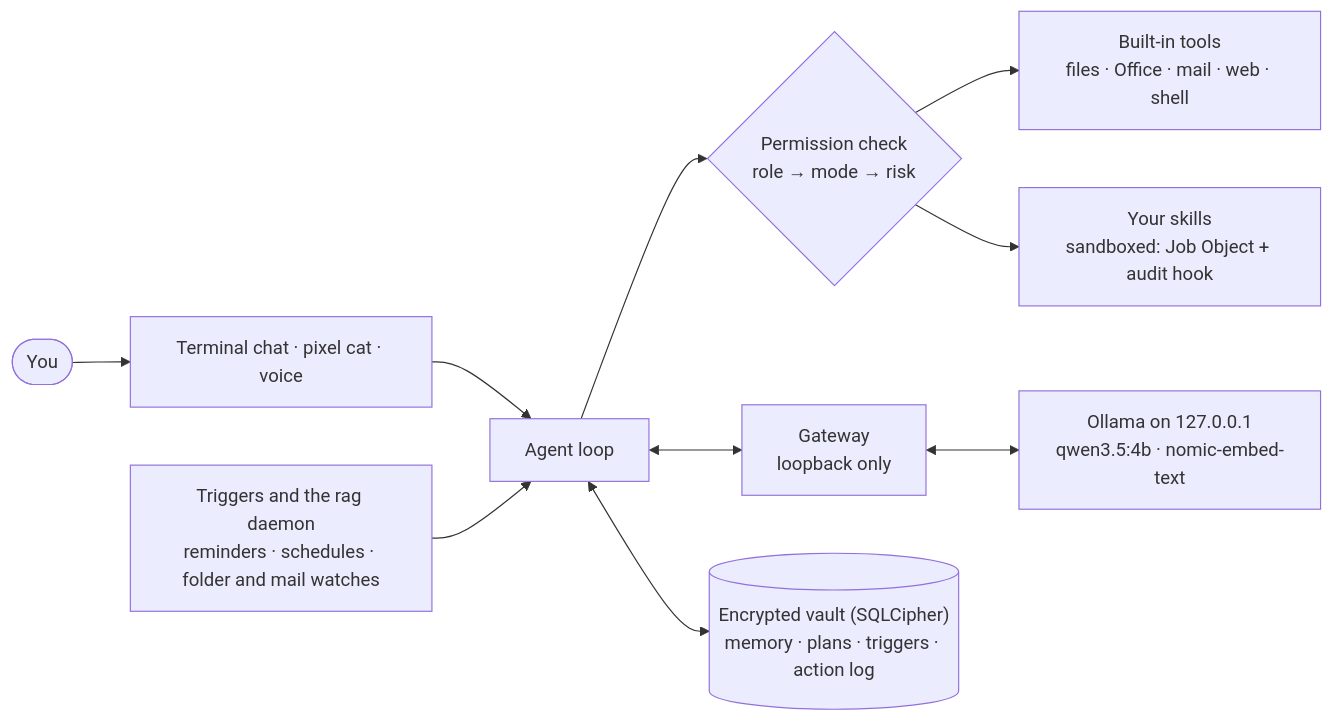
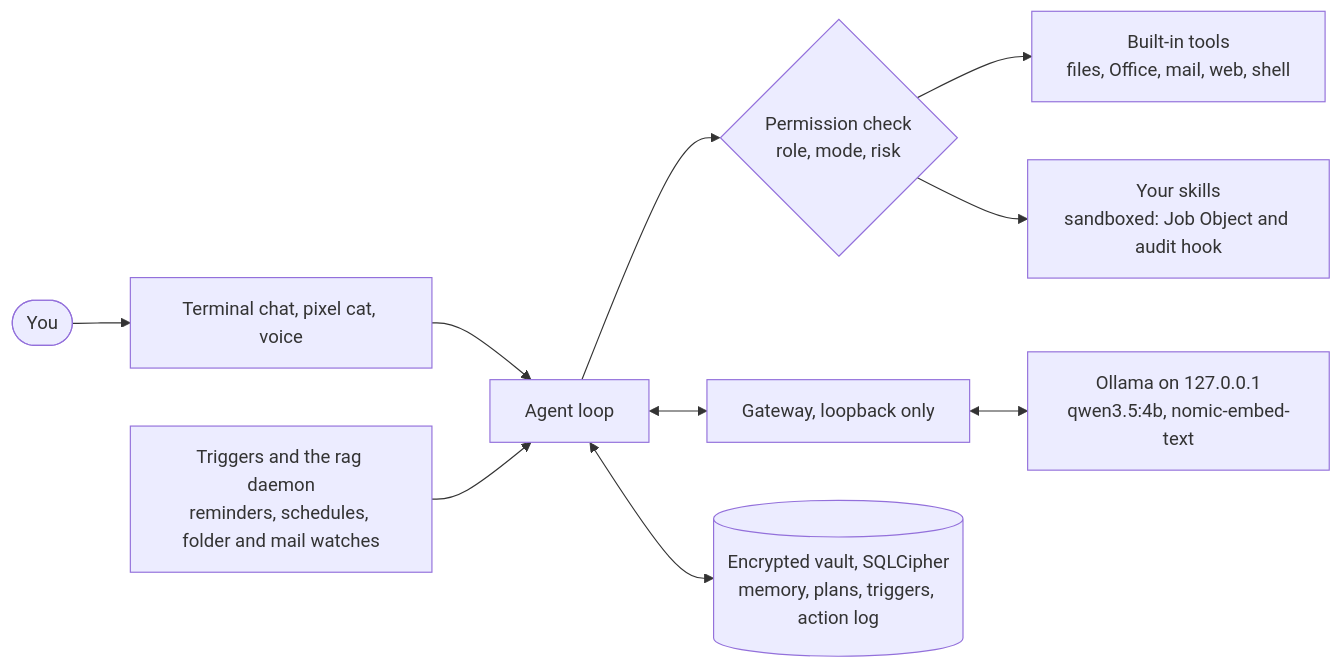
The diagram in README.md (Parth-Denge47/sovereign-local-agent), drawn with Mermaid before and after one commit.

Commit message:
docs: simplify the architecture diagram so GitHub renders it

````diff
--- a/README.md
+++ b/README.md
@@ -28,11 +28,12 @@
 ```mermaid
 flowchart LR
-    you([You]) --> front["Terminal chat · pixel cat · voice"]
-    front --> loop["Agent loop"]
-    trig["Triggers and the rag daemon<br/>reminders · schedules · folder and mail watches"] --> loop
-    loop --> perm{"Permission check<br/>role → mode → risk"}
-    perm --> tools["Built-in tools<br/>files · Office · mail · web · shell"]
-    perm --> skills["Your skills<br/>sandboxed: Job Object + audit hook"]
-    loop <--> gw["Gateway<br/>loopback only"] <--> ollama["Ollama on 127.0.0.1<br/>qwen3.5:4b · nomic-embed-text"]
-    loop <--> vault[("Encrypted vault (SQLCipher)<br/>memory · plans · triggers · action log")]
+    you(["You"]) --> front["Terminal chat, pixel cat, voice"]
+    front --> agent["Agent loop"]
+    trig["Triggers and the rag daemon<br/>reminders, schedules, folder and mail watches"] --> agent
+    agent --> perm{"Permission check<br/>role, mode, risk"}
+    perm --> tools["Built-in tools<br/>files, Office, mail, web, shell"]
+    perm --> skills["Your skills<br/>sandboxed: Job Object and audit hook"]
+    agent <--> gw["Gateway, loopback only"]
+    gw <--> ollama["Ollama on 127.0.0.1<br/>qwen3.5:4b, nomic-embed-text"]
+    agent <--> vault[("Encrypted vault, SQLCipher<br/>memory, plans, triggers, action log")]
 ```
````
